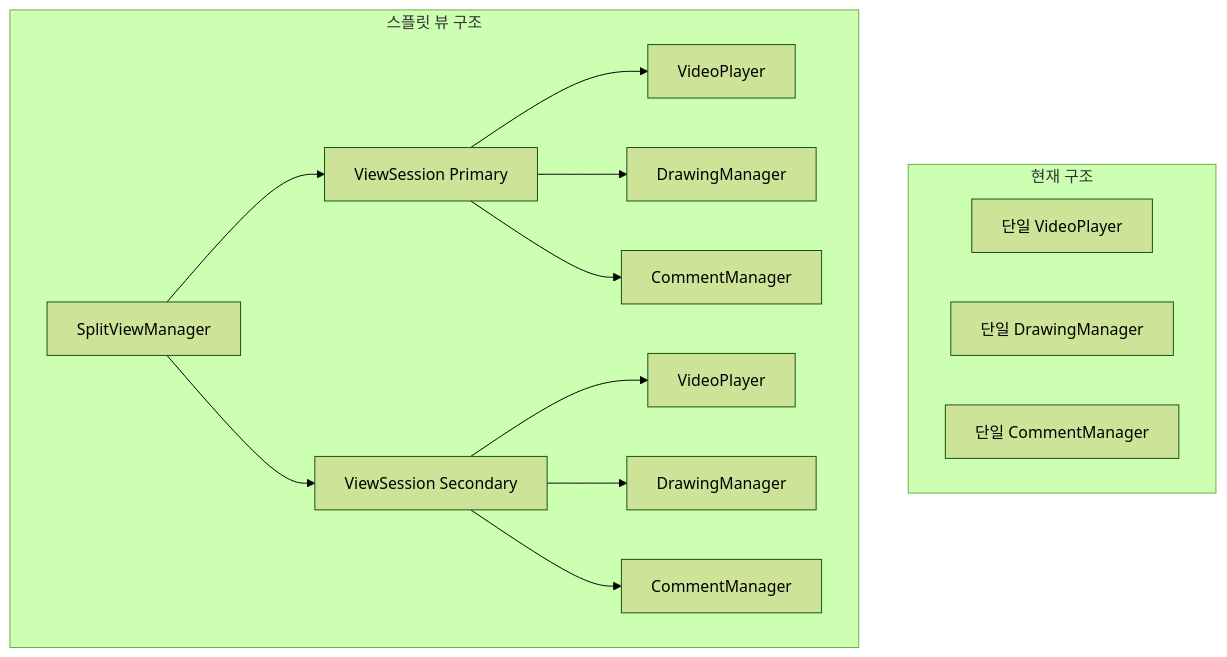
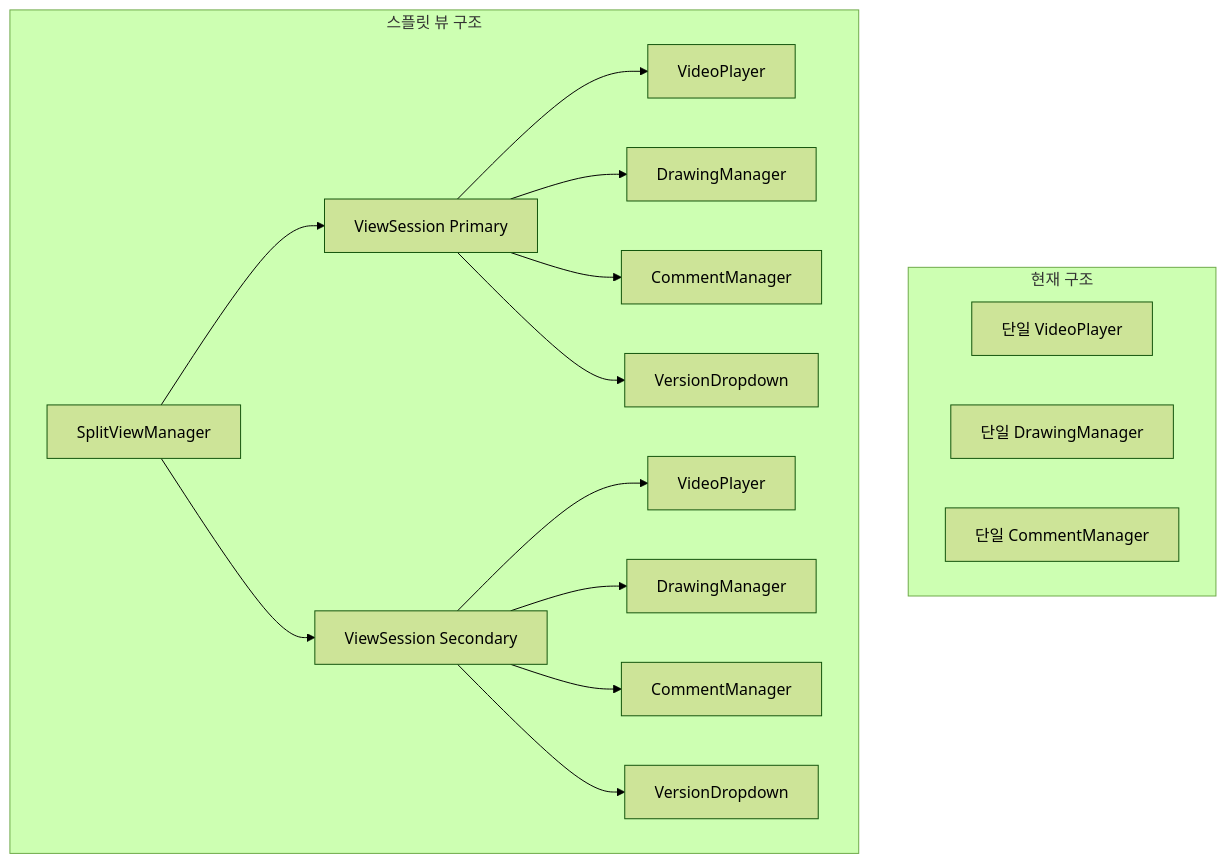
Before and after one commit to baehandoridori/BAEFRAME: diagram 12 of 14 in DEVLOG/버전관리시스템-개발.md, drawn with Mermaid (forest theme). The commit also changed other lines of this file, not shown here.

````diff
--- a/DEVLOG/버전관리시스템-개발.md
+++ b/DEVLOG/버전관리시스템-개발.md
@@ -603,25 +744,27 @@
 ```mermaid
 graph TD
     subgraph 현재 구조
         A[단일 VideoPlayer]
         B[단일 DrawingManager]
         C[단일 CommentManager]
     end
 
     subgraph 스플릿 뷰 구조
         D[ViewSession Primary]
         E[ViewSession Secondary]
         F[SplitViewManager]
 
         D --> D1[VideoPlayer]
         D --> D2[DrawingManager]
         D --> D3[CommentManager]
+        D --> D4[VersionDropdown]
 
         E --> E1[VideoPlayer]
         E --> E2[DrawingManager]
         E --> E3[CommentManager]
+        E --> E4[VersionDropdown]
 
         F --> D
         F --> E
     end
 ```
````
